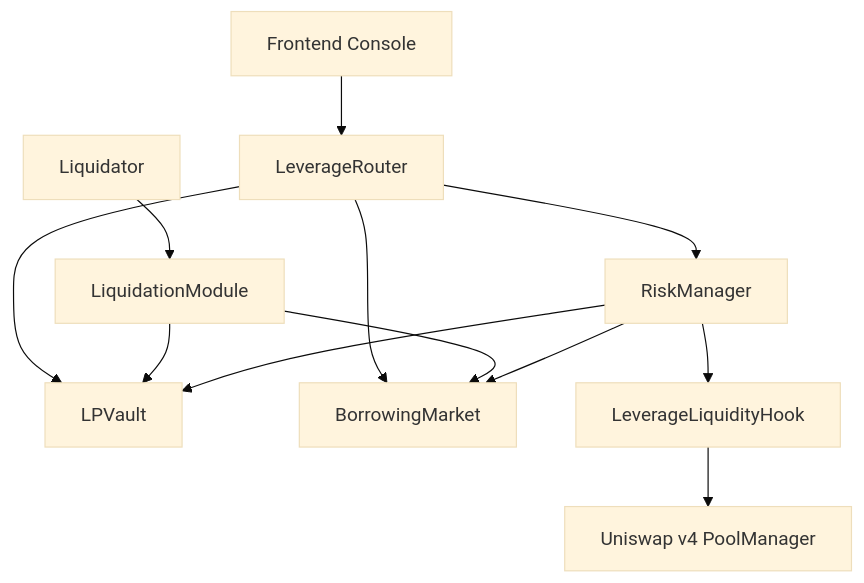
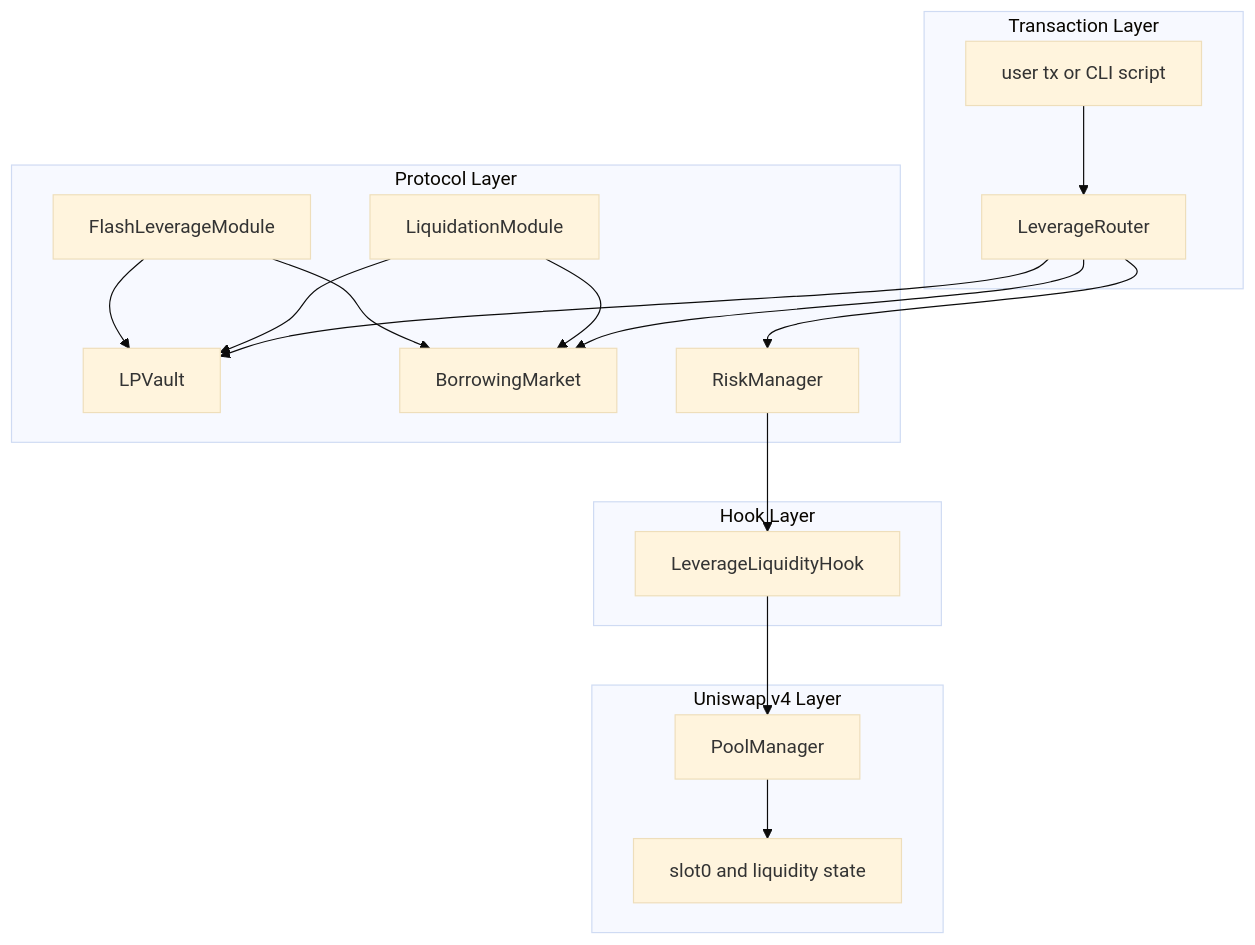
Before and after one commit to Ikpia/smart-borrow-and-leverage-liquidity-hook: the first of 3 diagrams in README.md, drawn with Mermaid (base theme). The commit also changed other lines of this file and 1563 other files, not shown here.

````diff
--- a/README.md
+++ b/README.md
@@ -26,14 +57,36 @@
 ```mermaid
-graph TD
-  UI[Frontend Console] --> Router[LeverageRouter]
-  Router --> Vault[LPVault]
-  Router --> Market[BorrowingMarket]
-  Router --> Risk[RiskManager]
-  Liq[Liquidator] --> Liquidation[LiquidationModule]
-  Liquidation --> Vault
-  Liquidation --> Market
-  Risk --> Hook[LeverageLiquidityHook]
-  Hook --> PM[Uniswap v4 PoolManager]
-  Risk --> Vault
-  Risk --> Market
+flowchart TD
+  subgraph tx_layer[Transaction Layer]
+    user_tx[user tx or CLI script]
+    router[LeverageRouter]
+  end
+
+  subgraph protocol_layer[Protocol Layer]
+    vault[LPVault]
+    market[BorrowingMarket]
+    risk[RiskManager]
+    liq[LiquidationModule]
+    flash[FlashLeverageModule]
+  end
+
+  subgraph hook_layer[Hook Layer]
+    hook[LeverageLiquidityHook]
+  end
+
+  subgraph uniswap_v4_layer[Uniswap v4 Layer]
+    pool_manager[PoolManager]
+    pool_state[slot0 and liquidity state]
+  end
+
+  user_tx --> router
+  router --> vault
+  router --> market
+  router --> risk
+  liq --> market
+  liq --> vault
+  flash --> market
+  flash --> vault
+  risk --> hook
+  hook --> pool_manager
+  pool_manager --> pool_state
 ```
````
